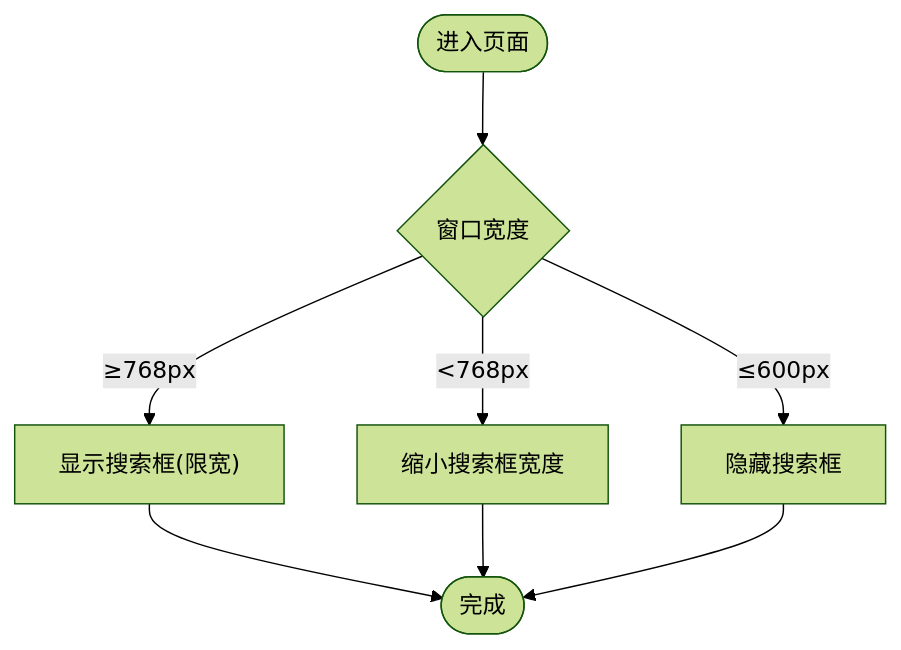
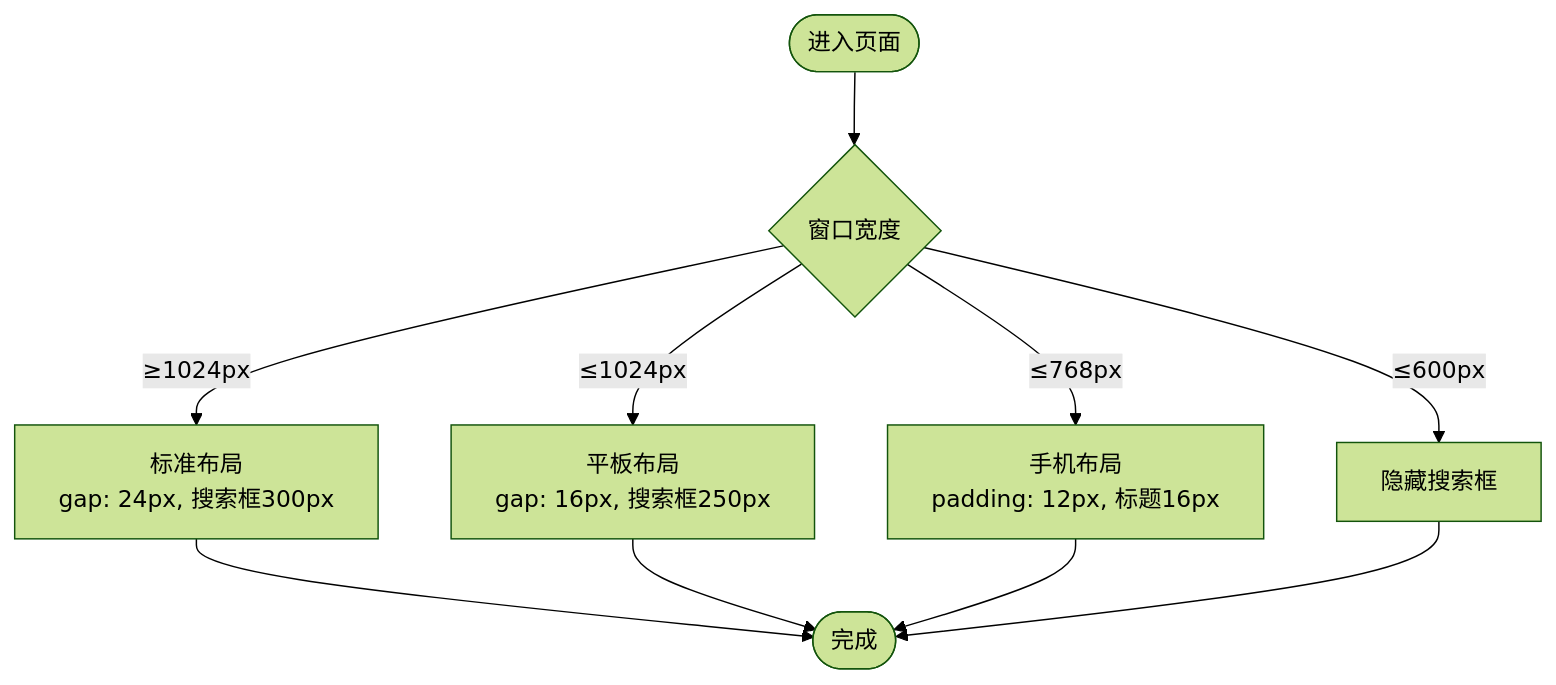
The third of 6 diagrams in .qoder/repowiki/zh/content/主题定制/样式定制/响应式设计适配.md (LZC6244/lzc6244.github.io), drawn with Mermaid (forest theme) before and after one commit. The commit also changed other lines of this file and 36 other files, not shown here.

````diff
--- a/.qoder/repowiki/zh/content/主题定制/样式定制/响应式设计适配.md
+++ b/.qoder/repowiki/zh/content/主题定制/样式定制/响应式设计适配.md
@@ -117,10 +126,12 @@
 ```mermaid
 flowchart TD
 Start(["进入页面"]) --> CheckWidth{"窗口宽度"}
-CheckWidth --> |≥768px| ShowSearch["显示搜索框(限宽)"]
-CheckWidth --> |<768px| NarrowSearch["缩小搜索框宽度"]
+CheckWidth --> |≥1024px| StandardLayout["标准布局<br/>gap: 24px, 搜索框300px"]
+CheckWidth --> |≤1024px| TabletLayout["平板布局<br/>gap: 16px, 搜索框250px"]
+CheckWidth --> |≤768px| MobileLayout["手机布局<br/>padding: 12px, 标题16px"]
 CheckWidth --> |≤600px| HideSearch["隐藏搜索框"]
-ShowSearch --> End(["完成"])
-NarrowSearch --> End
+StandardLayout --> End(["完成"])
+TabletLayout --> End
+MobileLayout --> End
 HideSearch --> End
 ```
````
